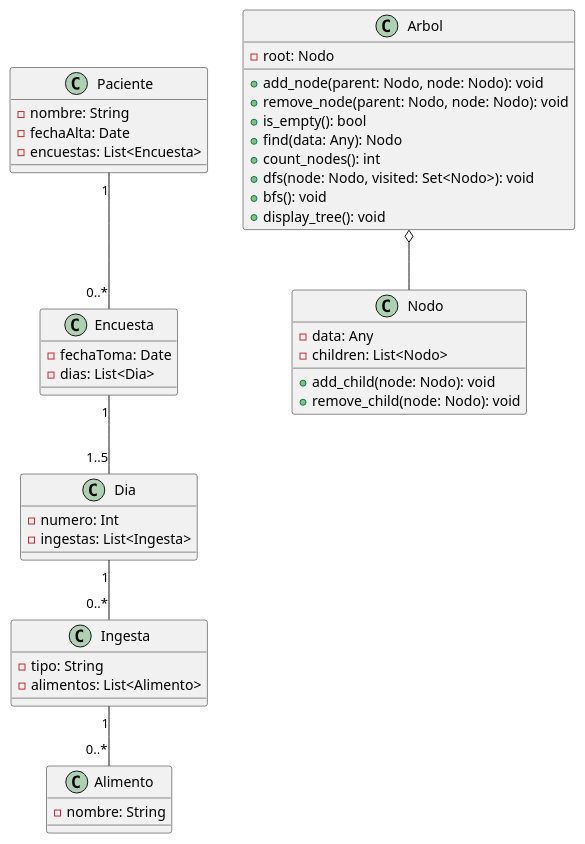
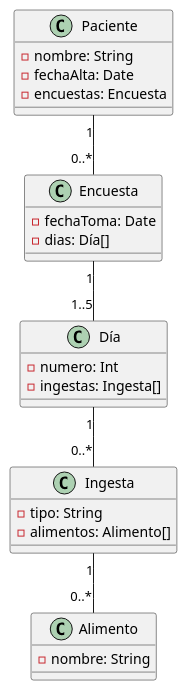
The diagram in entregas/javierCader/reto-007/docs/class_diagram.puml (mmasias/23-24-eda1), drawn with PlantUML before and after one commit. The commit also changed 7 other files, not shown here.

```diff
--- a/entregas/javierCader/reto-007/docs/class_diagram.puml
+++ b/entregas/javierCader/reto-007/docs/class_diagram.puml
@@ -1,57 +1,33 @@
 @startuml Class_Diagram
 
-' Definición de las clases
 class Paciente {
     - nombre: String
     - fechaAlta: Date
-    - encuestas: List<Encuesta>
+    - encuestas: Encuesta
 }
 
 class Encuesta {
     - fechaToma: Date
-    - dias: List<Dia>
+    - dias: Día[]
 }
 
-class Dia {
+class Día {
     - numero: Int
-    - ingestas: List<Ingesta>
+    - ingestas: Ingesta[]
 }
 
 class Ingesta {
     - tipo: String
-    - alimentos: List<Alimento>
+    - alimentos: Alimento[]
 }
 
 class Alimento {
     - nombre: String
 }
 
-class Arbol {
-    - root: Nodo
-    + add_node(parent: Nodo, node: Nodo): void
-    + remove_node(parent: Nodo, node: Nodo): void
-    + is_empty(): bool
-    + find(data: Any): Nodo
-    + count_nodes(): int
-    + dfs(node: Nodo, visited: Set<Nodo>): void
-    + bfs(): void
-    + display_tree(): void
-}
-
-class Nodo {
-    - data: Any
-    - children: List<Nodo>
-    + add_child(node: Nodo): void
-    + remove_child(node: Nodo): void
-}
-
-' Relaciones entre las clases
 Paciente "1" -- "0..*" Encuesta
-Encuesta "1" -- "1..5" Dia
-Dia "1" -- "0..*" Ingesta
+Encuesta "1" -- "1..5" Día
+Día "1" -- "0..*" Ingesta
 Ingesta "1" -- "0..*" Alimento
 
-' Relaciones con la estructura de árbol
-Arbol o-- Nodo
-
 @enduml
```
